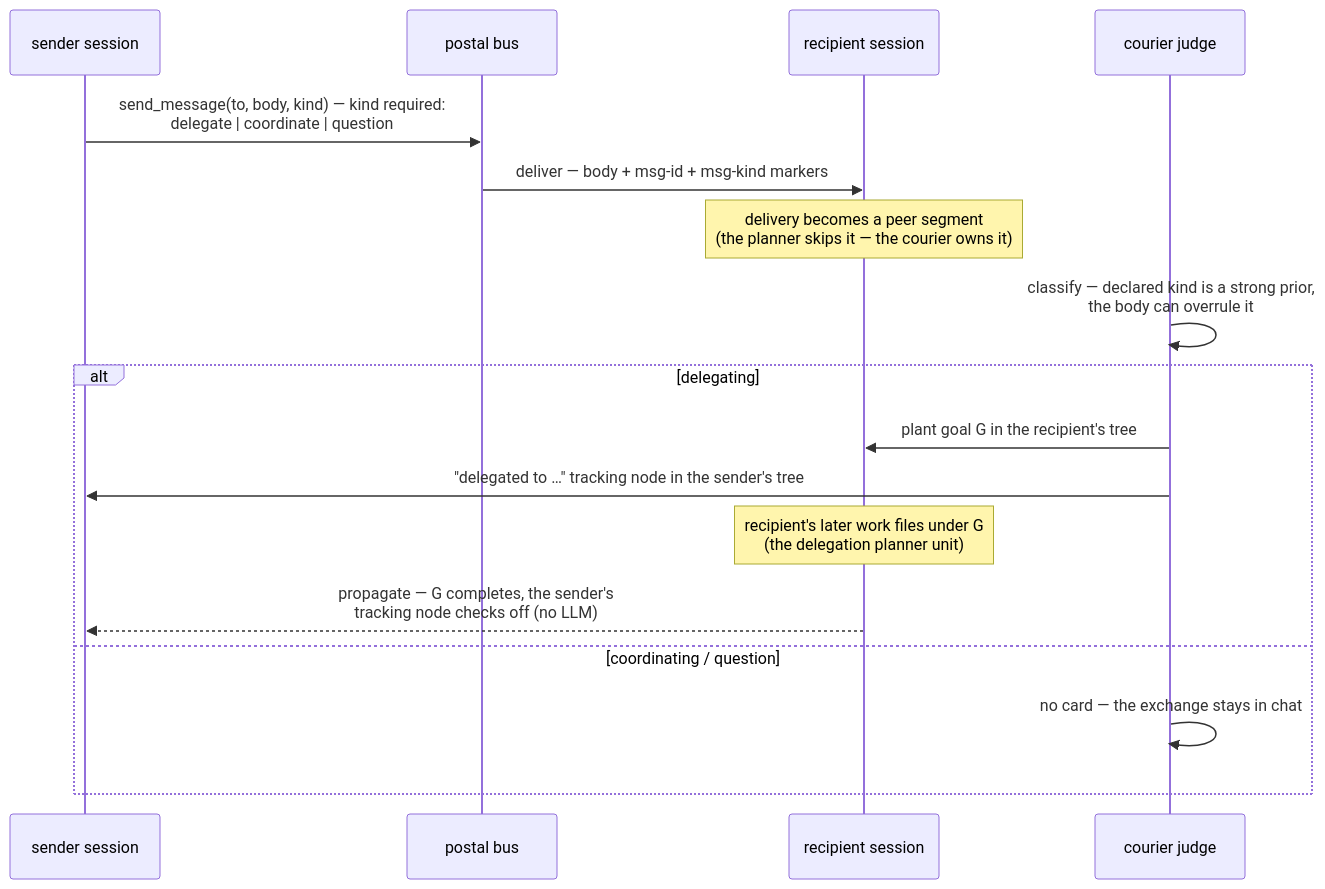
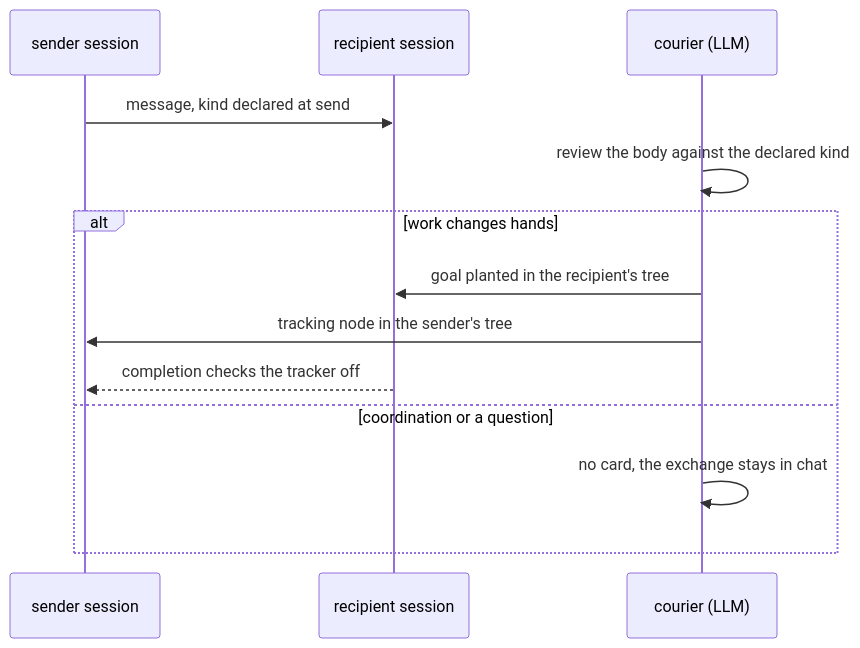
Before and after one commit to Chris-mian/romp: the fourth of 4 diagrams in docs/judge-pipeline.md, drawn with Mermaid. The commit also changed other lines of this file, not shown here.

First line of the commit message:
docs: judge-pipeline remade per the JLD method (one global view, message-first)

````diff
--- a/docs/judge-pipeline.md
+++ b/docs/judge-pipeline.md
@@ -135,19 +129,15 @@
 ```mermaid
 sequenceDiagram
-    participant A as sender session
-    participant BUS as postal bus
-    participant B as recipient session
-    participant C as courier judge
-    A->>BUS: send_message(to, body, kind) — kind required:<br/>delegate | coordinate | question
-    BUS->>B: deliver — body + msg-id + msg-kind markers
-    Note over B: delivery becomes a peer segment<br/>(the planner skips it — the courier owns it)
-    C->>C: classify — declared kind is a strong prior,<br/>the body can overrule it
-    alt delegating
-        C->>B: plant goal G in the recipient's tree
-        C->>A: "delegated to …" tracking node in the sender's tree
-        Note over B: recipient's later work files under G<br/>(the delegation planner unit)
-        B-->>A: propagate — G completes, the sender's<br/>tracking node checks off (no LLM)
-    else coordinating / question
-        C->>C: no card — the exchange stays in chat
+    participant S as sender session
+    participant R as recipient session
+    participant C as courier (LLM)
+    S->>R: message, kind declared at send
+    C->>C: review the body against the declared kind
+    alt work changes hands
+        C->>R: goal planted in the recipient's tree
+        C->>S: tracking node in the sender's tree
+        R-->>S: completion checks the tracker off
+    else coordination or a question
+        C->>C: no card, the exchange stays in chat
     end
 ```
````
